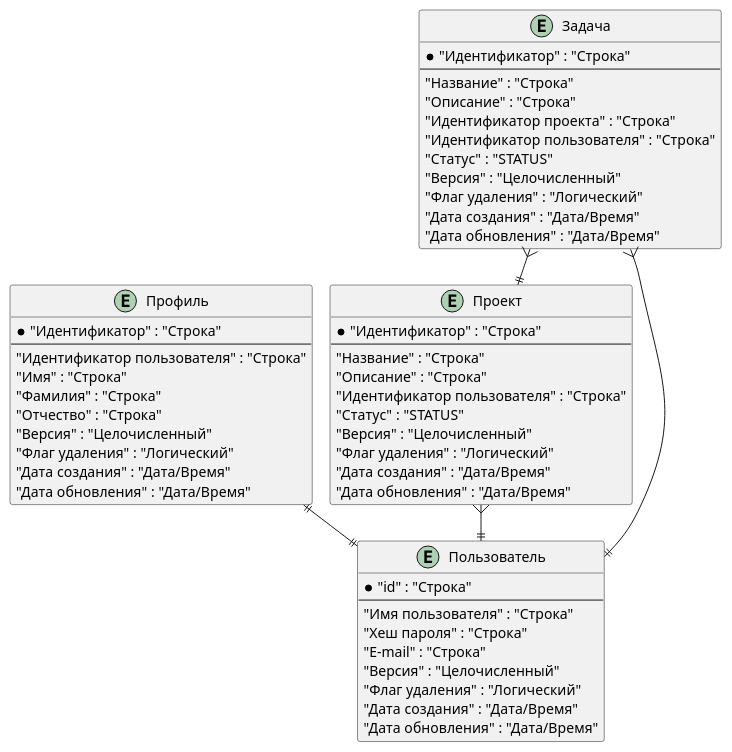
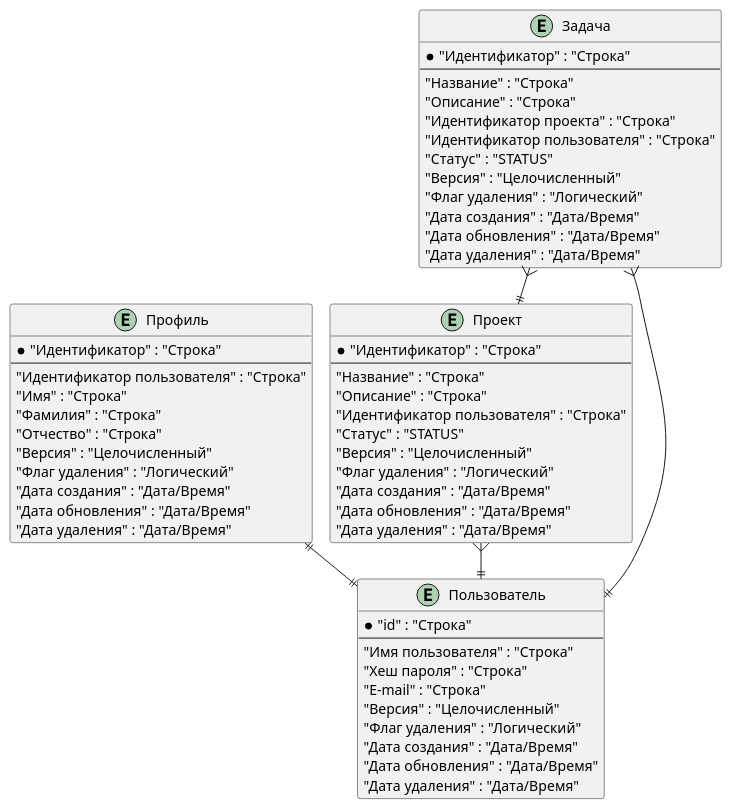
Before and after one commit to denis-volnenko/liquibase-asciidoc-maven-plugin: the diagram in example/tm-sql-to-asciidoc/src/main/asciidoc/erd_logic.puml, drawn with PlantUML. The commit also changed 11 other files, not shown here.

```diff
--- a/example/tm-sql-to-asciidoc/src/main/asciidoc/erd_logic.puml
+++ b/example/tm-sql-to-asciidoc/src/main/asciidoc/erd_logic.puml
@@ -1,61 +1,65 @@
 @startuml 
 '!pragma graphviz_dot jdot 
 !pragma layout smetana 
 entity "Профиль" as app_profile {
     *"Идентификатор" : "Строка"
 ---
     "Идентификатор пользователя" : "Строка"
     "Имя" : "Строка"
     "Фамилия" : "Строка"
     "Отчество" : "Строка"
     "Версия" : "Целочисленный"
     "Флаг удаления" : "Логический"
     "Дата создания" : "Дата/Время"
     "Дата обновления" : "Дата/Время"
+    "Дата удаления" : "Дата/Время"
 }
 
 entity "Проект" as app_project {
     *"Идентификатор" : "Строка"
 ---
     "Название" : "Строка"
     "Описание" : "Строка"
     "Идентификатор пользователя" : "Строка"
     "Статус" : "STATUS"
     "Версия" : "Целочисленный"
     "Флаг удаления" : "Логический"
     "Дата создания" : "Дата/Время"
     "Дата обновления" : "Дата/Время"
+    "Дата удаления" : "Дата/Время"
 }
 
 entity "Задача" as app_task {
     *"Идентификатор" : "Строка"
 ---
     "Название" : "Строка"
     "Описание" : "Строка"
     "Идентификатор проекта" : "Строка"
     "Идентификатор пользователя" : "Строка"
     "Статус" : "STATUS"
     "Версия" : "Целочисленный"
     "Флаг удаления" : "Логический"
     "Дата создания" : "Дата/Время"
     "Дата обновления" : "Дата/Время"
+    "Дата удаления" : "Дата/Время"
 }
 
 entity "Пользователь" as app_user {
     *"id" : "Строка"
 ---
     "Имя пользователя" : "Строка"
     "Хеш пароля" : "Строка"
     "E-mail" : "Строка"
     "Версия" : "Целочисленный"
     "Флаг удаления" : "Логический"
     "Дата создания" : "Дата/Время"
     "Дата обновления" : "Дата/Время"
+    "Дата удаления" : "Дата/Время"
 }
 
 "app_profile" ||--|| "app_user"
 "app_project" }--|| "app_user"
 "app_task" }--|| "app_project"
 "app_task" }--|| "app_user"
 
 @enduml
```
